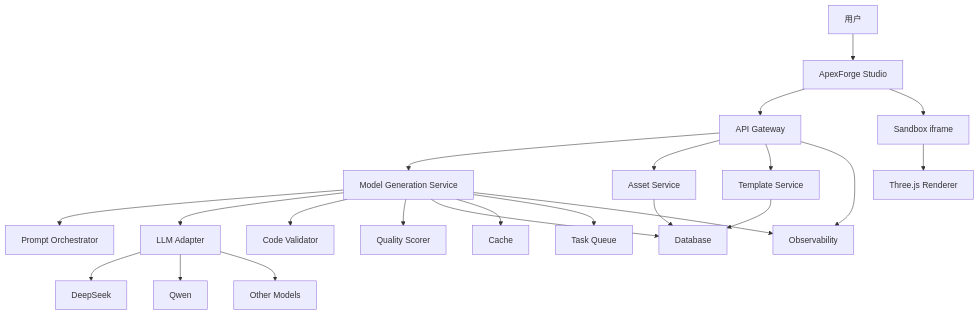
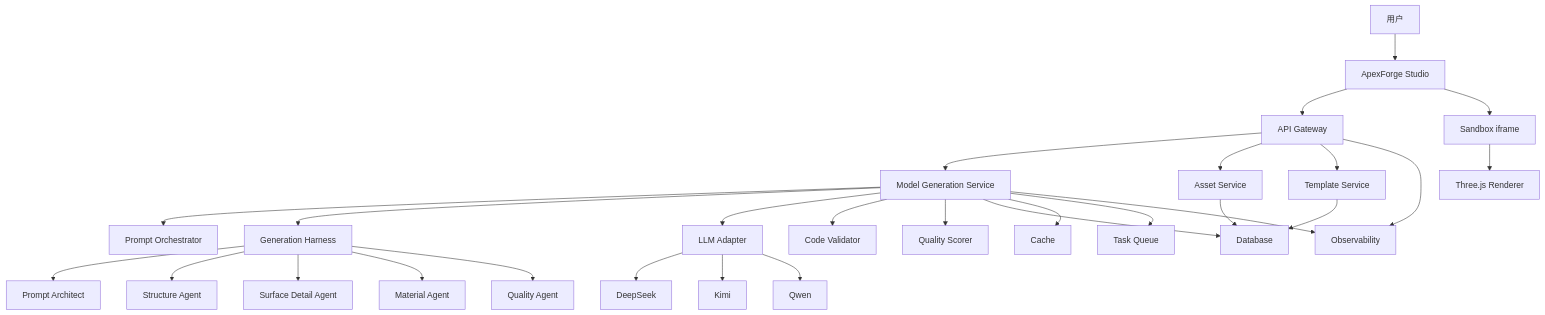
One commit to MrXujiang/ApexForge changed the second of 11 diagrams in .qoder/repowiki/zh/content/核心功能模块/AI 生成引擎/AI 生成引擎.md. Above: the diagram before and after it, drawn with Mermaid. The commit also changed other lines of this file and 84 other files, not shown here.

````diff
--- a/.qoder/repowiki/zh/content/核心功能模块/AI 生成引擎/AI 生成引擎.md
+++ b/.qoder/repowiki/zh/content/核心功能模块/AI 生成引擎/AI 生成引擎.md
@@ -65,24 +83,30 @@
 ```mermaid
 graph TB
 U["用户"] --> FE["ApexForge Studio"]
 FE --> API["API Gateway"]
 API --> GEN["Model Generation Service"]
 API --> ASSET["Asset Service"]
 API --> TEMPLATE["Template Service"]
 GEN --> PROMPT["Prompt Orchestrator"]
+GEN --> HARN["Generation Harness"]
 GEN --> LLM["LLM Adapter"]
 GEN --> VALIDATOR["Code Validator"]
 GEN --> SCORE["Quality Scorer"]
 LLM --> P1["DeepSeek"]
-LLM --> P2["Qwen"]
-LLM --> P3["Other Models"]
+LLM --> P2["Kimi"]
+LLM --> P3["Qwen"]
+HARN --> AG1["Prompt Architect"]
+HARN --> AG2["Structure Agent"]
+HARN --> AG3["Surface Detail Agent"]
+HARN --> AG4["Material Agent"]
+HARN --> AG5["Quality Agent"]
 FE --> SANDBOX["Sandbox iframe"]
 SANDBOX --> RENDER["Three.js Renderer"]
 ASSET --> DB["Database"]
 TEMPLATE --> DB
 GEN --> DB
 GEN --> CACHE["Cache"]
 GEN --> QUEUE["Task Queue"]
 API --> OBS["Observability"]
 GEN --> OBS
 ```
````
